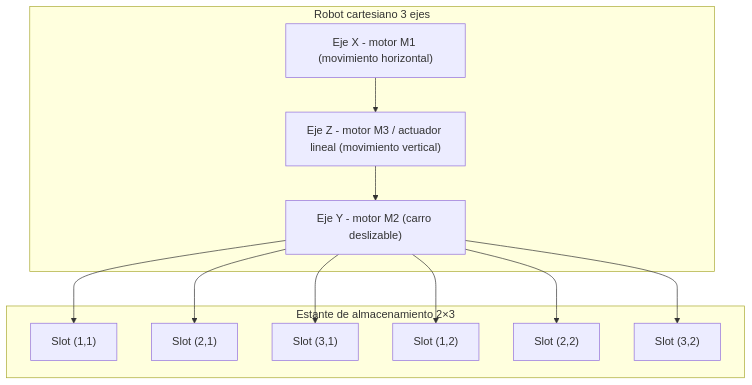
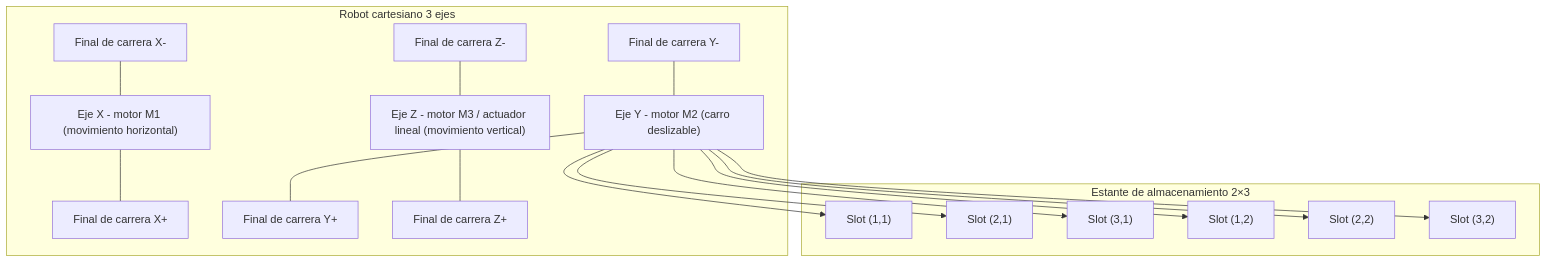
Before and after one commit to SB-312/Proyecto-Intermedio-IIoT: the first of 4 diagrams in README.md, drawn with Mermaid.

````diff
--- a/README.md
+++ b/README.md
@@ -56,25 +56,38 @@
 ```mermaid
 flowchart TB
   subgraph Robot["Robot cartesiano 3 ejes"]
     X["Eje X - motor M1 (movimiento horizontal)"]
+    Y["Eje Y - motor M2 (carro deslizable)"]
     Z["Eje Z - motor M3 / actuador lineal (movimiento vertical)"]
-    Y["Eje Y - motor M2 (carro deslizable)"]
-    X --> Z --> Y
+
+    FXmin["Final de carrera X-"]
+    FXmax["Final de carrera X+"]
+
+    FYmin["Final de carrera Y-"]
+    FYmax["Final de carrera Y+"]
+
+    FZmin["Final de carrera Z-"]
+    FZmax["Final de carrera Z+"]
+
+    FXmin --- X --- FXmax
+    FYmin --- Y --- FYmax
+    FZmin --- Z --- FZmax
   end
 
   subgraph Estante["Estante de almacenamiento 2×3"]
     S11["Slot (1,1)"]
     S21["Slot (2,1)"]
     S31["Slot (3,1)"]
     S12["Slot (1,2)"]
     S22["Slot (2,2)"]
     S32["Slot (3,2)"]
   end
 
   Y --> S11
   Y --> S21
   Y --> S31
   Y --> S12
   Y --> S22
   Y --> S32
+
 ```
````
